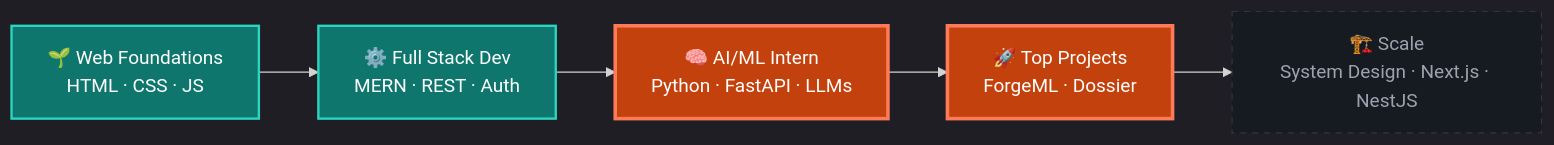
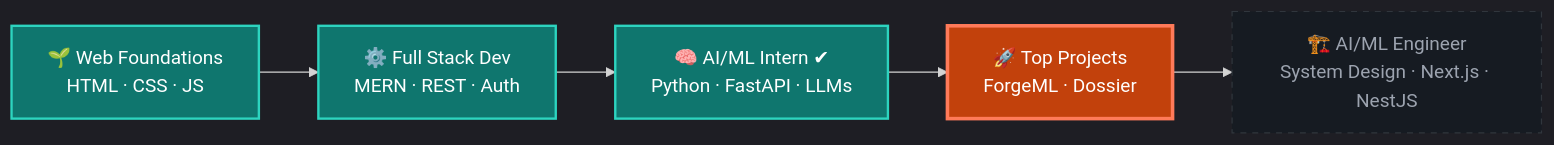
One commit to DevAnas19/DevAnas19 changed the diagram in README.md. Above: the diagram before and after it, drawn with Mermaid. The commit also changed other lines of this file, not shown here.

````diff
--- a/README.md
+++ b/README.md
@@ -194,12 +196,12 @@
 ```mermaid
 %%{init: {'theme':'dark','themeVariables':{'fontFamily':'monospace'}}}%%
 graph LR
     A["🌱 Web Foundations<br/>HTML · CSS · JS"]:::done --> B["⚙️ Full Stack Dev<br/>MERN · REST · Auth"]:::done
-    B --> C["🧠 AI/ML Intern<br/>Python · FastAPI · LLMs"]:::now
+    B --> C["🧠 AI/ML Intern ✔<br/>Python · FastAPI · LLMs"]:::done
     C --> D["🚀 Top Projects<br/>ForgeML · Dossier"]:::now
-    D --> E["🏗️ Scale<br/>System Design · Next.js · NestJS"]:::next
+    D --> E["🏗️ AI/ML Engineer<br/>System Design · Next.js · NestJS"]:::next
 
     classDef done fill:#0f766e,stroke:#2DD4BF,color:#fff,stroke-width:2px;
     classDef now fill:#c2410c,stroke:#FF7A59,color:#fff,stroke-width:3px;
     classDef next fill:#161b22,stroke:#30363d,color:#9ca3af,stroke-dasharray: 5 5;
 ```
````
